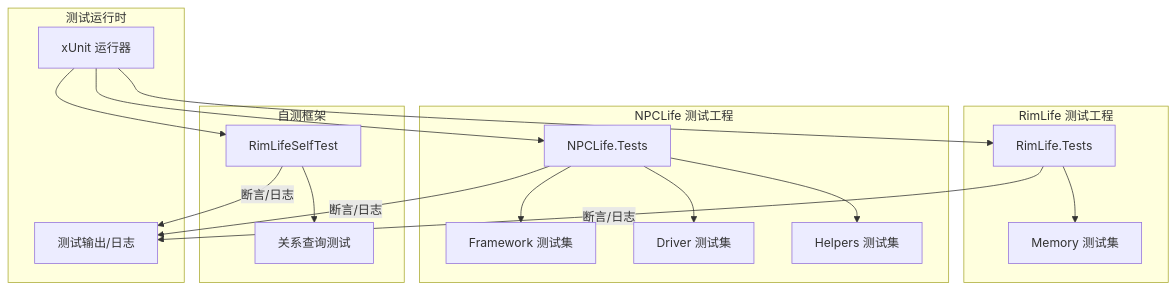
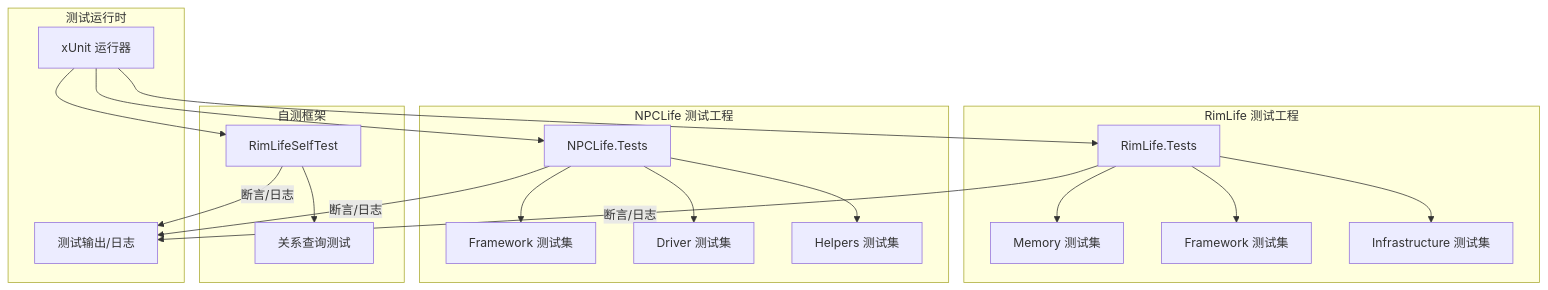
Before and after one commit to suzvka/RimLife: the second of 9 diagrams in .qoder/repowiki/zh/content/测试体系/测试体系.md, drawn with Mermaid. The commit also changed other lines of this file and 19 other files, not shown here.

````diff
--- a/.qoder/repowiki/zh/content/测试体系/测试体系.md
+++ b/.qoder/repowiki/zh/content/测试体系/测试体系.md
@@ -102,27 +115,29 @@
 ```mermaid
 graph TB
 subgraph "测试运行时"
 Runner["xUnit 运行器"]
 Output["测试输出/日志"]
 end
 subgraph "RimLife 测试工程"
 RLTests["RimLife.Tests"]
 RLTests --> RLMemTests["Memory 测试集"]
+RLTests --> RLFrameworkTests["Framework 测试集"]
+RLTests --> RLInfraTests["Infrastructure 测试集"]
 end
 subgraph "NPCLife 测试工程"
 NPCTests["NPCLife.Tests"]
 NPCTests --> NPCFrameTests["Framework 测试集"]
 NPCTests --> NPCDriverTests["Driver 测试集"]
 NPCTests --> NPCHelpTests["Helpers 测试集"]
 end
 subgraph "自测框架"
 SelfTests["RimLifeSelfTest"]
 SelfTests --> RelTests["关系查询测试"]
 end
 Runner --> RLTests
 Runner --> NPCTests
 Runner --> SelfTests
 RLTests --> |"断言/日志"| Output
 NPCTests --> |"断言/日志"| Output
 SelfTests --> |"断言/日志"| Output
 ```
````
